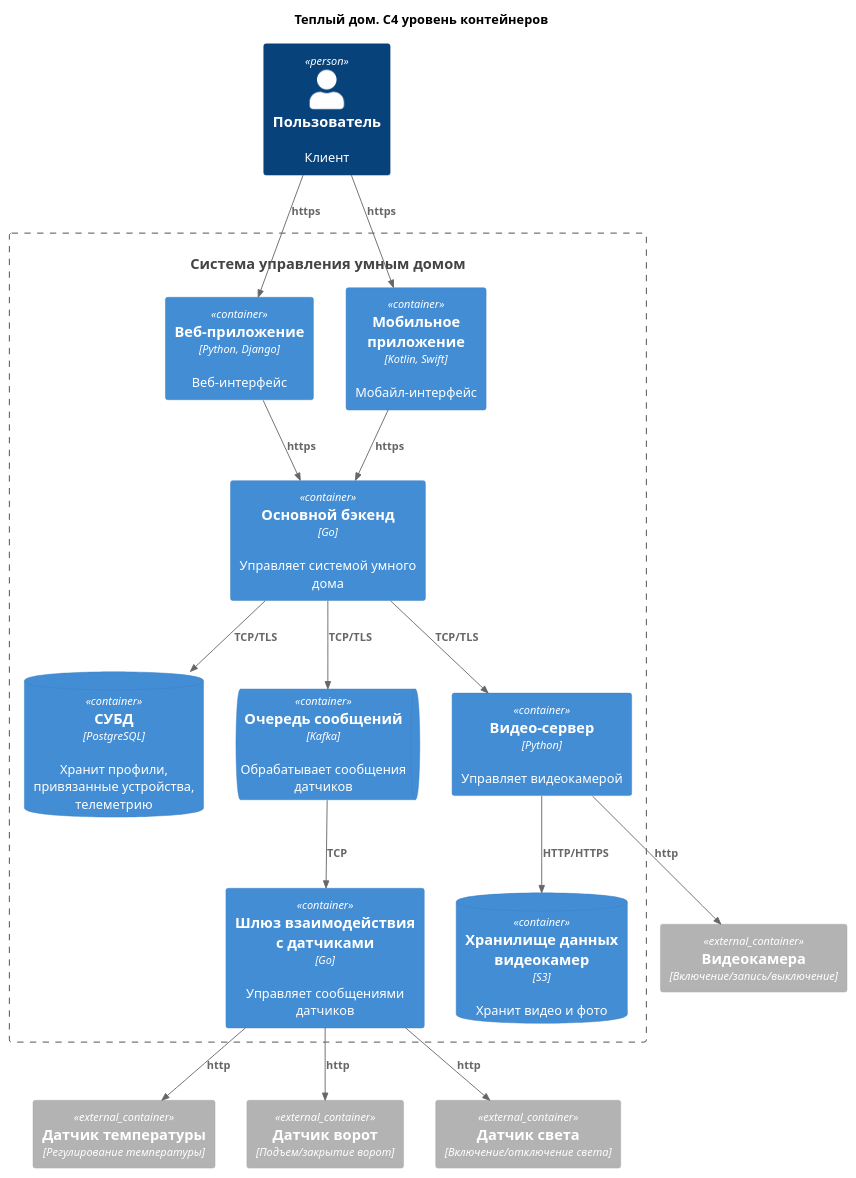
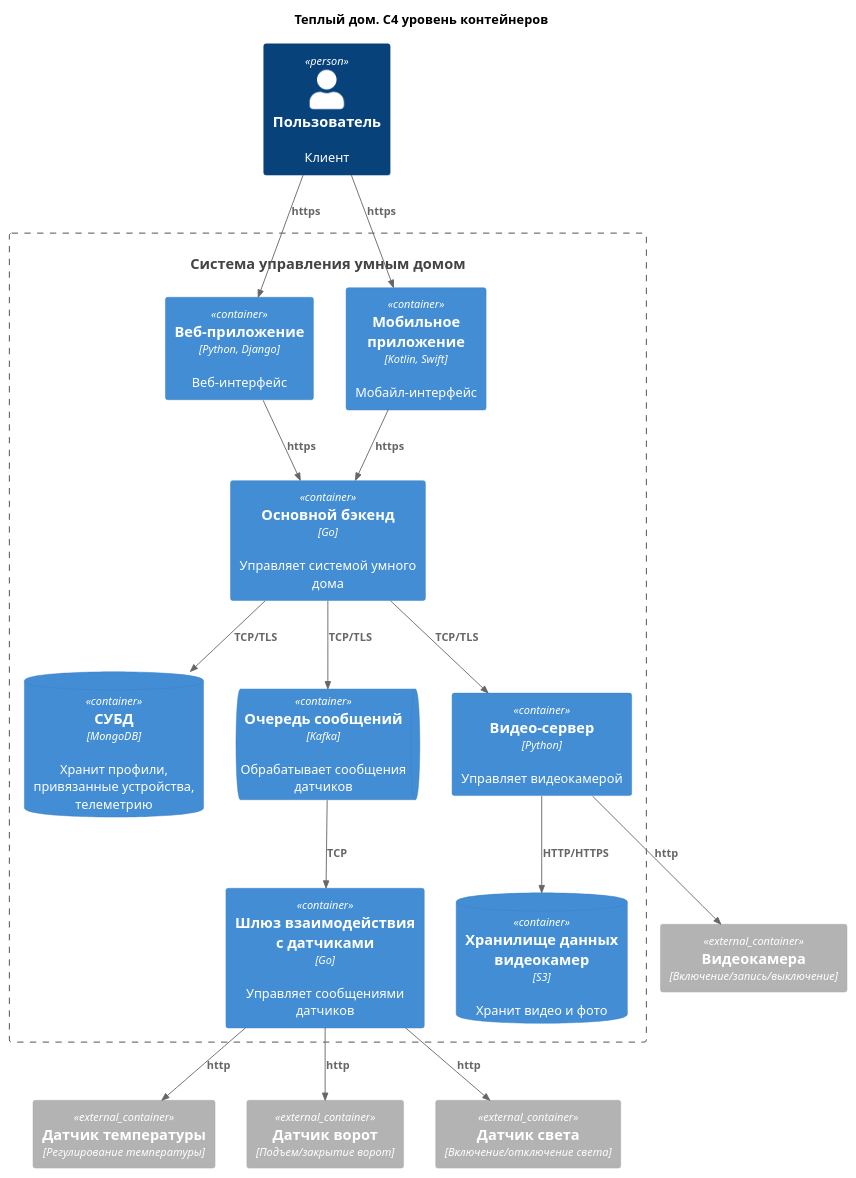
One commit to realjungleman/architecture-warmhouse changed the diagram in 2_task/c4_container.puml. Above: the diagram before and after it, drawn with PlantUML. The commit also changed 3 other files, not shown here.

Commit message:
2_задание изменена СУБД с PostgreSQL на Mongo

```diff
--- a/2_task/c4_container.puml
+++ b/2_task/c4_container.puml
@@ -1,43 +1,43 @@
 @startuml
 title Теплый дом. С4 уровень контейнеров
 
 top to bottom direction
 
 !includeurl https://raw.githubusercontent.com/RicardoNiepel/C4-PlantUML/master/C4_Component.puml
 
 Person(user, "Пользователь", "Клиент")
 System(SmartHouse, "Система управления умным домом", "")
 
 Container_Boundary(SmartHouse, "Система управления умным домом") {
   Container(WebApp, "Веб-приложение", "Python, Django", "Веб-интерфейс")
   Container(MobileApp, "Мобильное приложение", "Kotlin, Swift", "Мобайл-интерфейс")
   Container(MainSystem, "Основной бэкенд", "Go", "Управляет системой умного дома")
   Container(ApiGate, "Шлюз взаимодействия с датчиками", "Go", "Управляет сообщениями датчиков")
-  ContainerDb(Database, "СУБД", "PostgreSQL", "Хранит профили, привязанные устройства, телеметрию")
+  ContainerDb(Database, "СУБД", "MongoDB", "Хранит профили, привязанные устройства, телеметрию")
   Container(VideoStreaming, "Видео-сервер", "Python", "Управляет видеокамерой")
   ContainerDb(S3, "Хранилище данных видеокамер", "S3", "Хранит видео и фото")
   ContainerQueue(Queue, "Очередь сообщений", "Kafka", "Обрабатывает сообщения датчиков")
 }
 
 Container_Ext(temperatureSensor, "Датчик температуры", "Регулирование температуры")
 
 Container_Ext(gateSensor,"Датчик ворот", "Подъем/закрытие ворот")
 Container_Ext(videoCamera,"Видеокамера", "Включение/запись/выключение")
 Container_Ext(lightSensor,"Датчик света", "Включение/отключение света")
 
 Rel(user, WebApp, "https")
 Rel(user, MobileApp, "https")
 Rel(WebApp, MainSystem, "https")
 Rel(MobileApp, MainSystem, "https")
 Rel(MainSystem, Queue, "TCP/TLS")
 Rel(Queue, ApiGate, "TCP")
 Rel(MainSystem, VideoStreaming, "TCP/TLS")
 Rel(VideoStreaming, S3, "HTTP/HTTPS")
 Rel(MainSystem, Database, "TCP/TLS")
 
 Rel(VideoStreaming, videoCamera, "http")
 Rel(ApiGate, gateSensor, "http")
 Rel(ApiGate, temperatureSensor, "http")
 Rel(ApiGate, lightSensor, "http")
 
 @enduml
```
